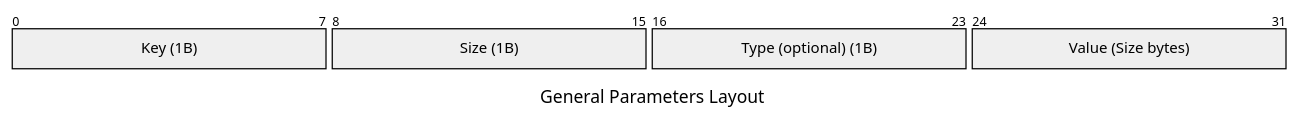
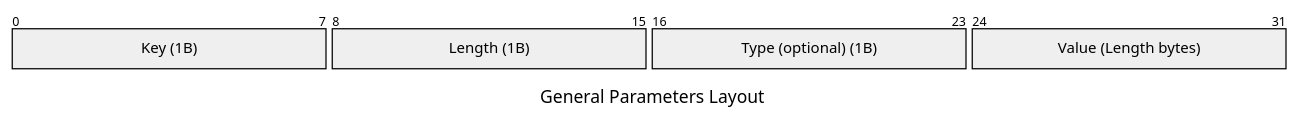
Before and after one commit to flip-dots/SolixBLE: the fourth of 15 diagrams in docs/source/protocols.rst, drawn with Mermaid. The commit also changed other lines of this file, not shown here.

```diff
--- a/docs/source/protocols.rst
+++ b/docs/source/protocols.rst
@@ -100,8 +204,8 @@
 .. mermaid::
 
   packet-beta
   title General Parameters Layout
   0-7: "Key (1B)"
-  8-15: "Size (1B)"
+  8-15: "Length (1B)"
   16-23: "Type (optional) (1B)"
-  24-31: "Value (Size bytes)"
+  24-31: "Value (Length bytes)"
```
